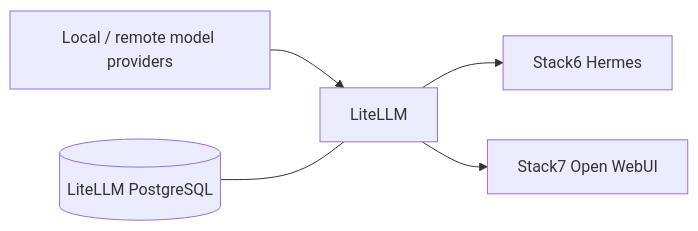
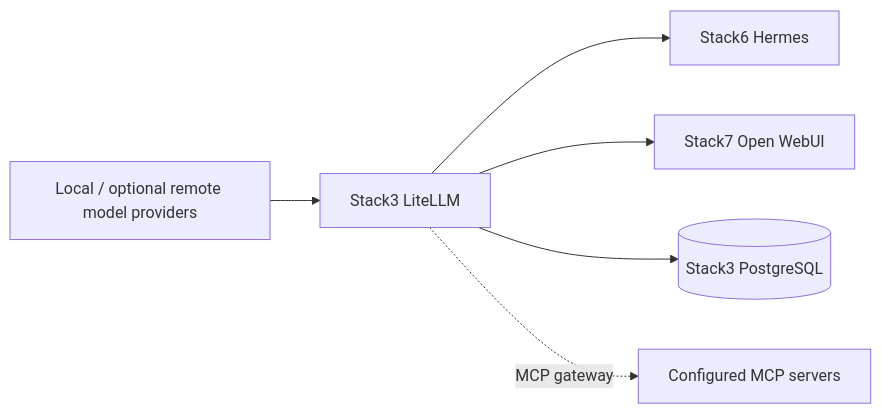
The first of 2 diagrams in stack3_-_litellm/README.md (ea1het/local_hybrid_ai), drawn with Mermaid before and after one commit. The commit also changed other lines of this file, not shown here.

Commit message:
docs: expand Stack3 canonical documentation

````diff
--- a/stack3_-_litellm/README.md
+++ b/stack3_-_litellm/README.md
@@ -5,7 +7,8 @@
 ```mermaid
 flowchart LR
-    Models[Local / remote model providers] --> LiteLLM
+    Providers[Local / optional remote model providers] --> LiteLLM[Stack3 LiteLLM]
     LiteLLM --> Hermes[Stack6 Hermes]
     LiteLLM --> WebUI[Stack7 Open WebUI]
-    PostgreSQL[(LiteLLM PostgreSQL)] --- LiteLLM
+    LiteLLM --> PG[(Stack3 PostgreSQL)]
+    LiteLLM -. MCP gateway .-> MCP[Configured MCP servers]
 ```
````
